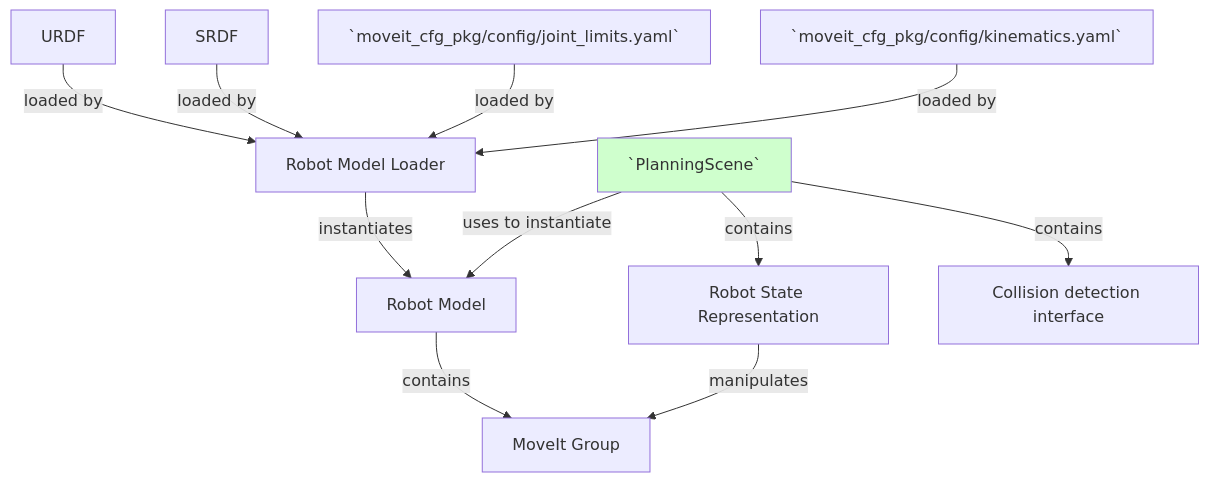
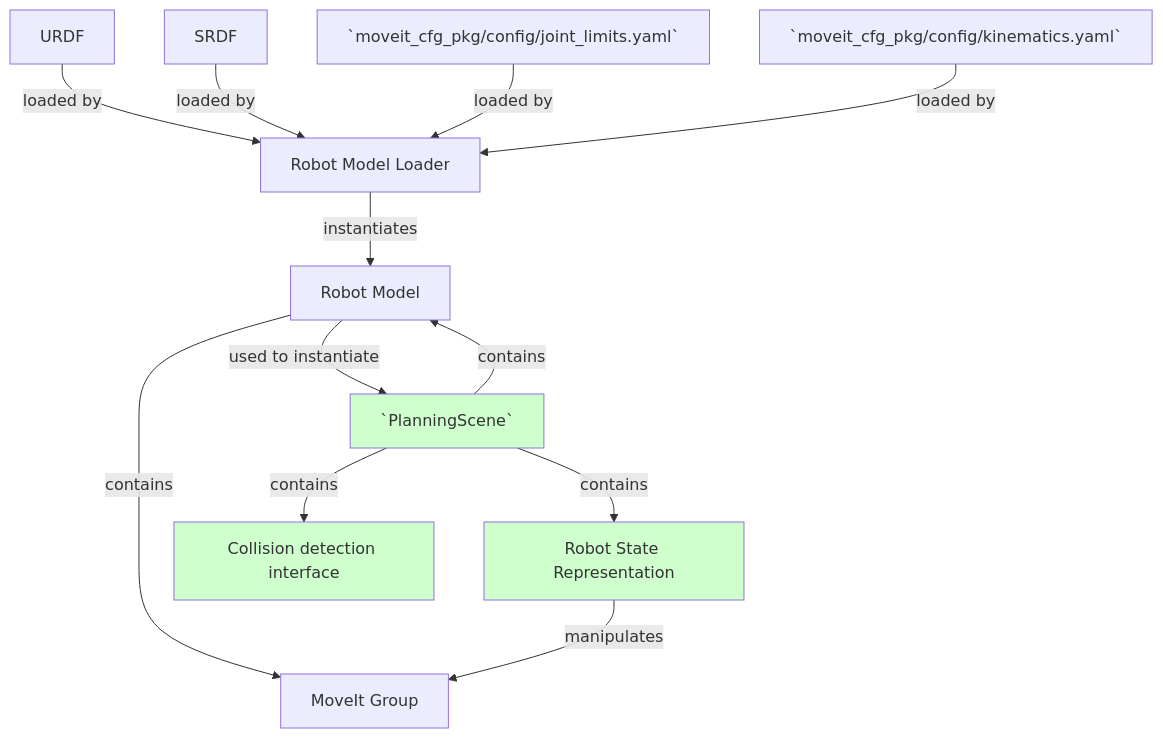
Before and after one commit to rafaelrojasmiliani/moveit_tutorial: the diagram in 02_planning_scene/src/a_planning_scene_class/readme.md, drawn with Mermaid.

````diff
--- a/02_planning_scene/src/a_planning_scene_class/readme.md
+++ b/02_planning_scene/src/a_planning_scene_class/readme.md
@@ -26,14 +26,17 @@
 ```mermaid
 graph TD;
     URDF -- loaded by --> RML[Robot Model Loader];
     SRDF -- loaded by --> RML;
     J[`moveit_cfg_pkg/config/joint_limits.yaml`] -- loaded by --> RML;
     K[`moveit_cfg_pkg/config/kinematics.yaml`] -- loaded by --> RML;
     RML -- instantiates --> RM[Robot Model];
     RM -- contains --> MG[MoveIt Group];
-    PS[`PlanningScene`] -- uses to instantiate --> RM;
+    PS[`PlanningScene`] -- contains --> RM;
+    RM -- used to instantiate --> PS;
     PS -- contains --> RS[Robot State Representation];
     PS -- contains --> CD[Collision detection interface];
     RS -- manipulates --> MG;
     style PS fill:#CFFFCD;
+    style RS fill:#CFFFCD;
+    style CD fill:#CFFFCD;
 ```
````
